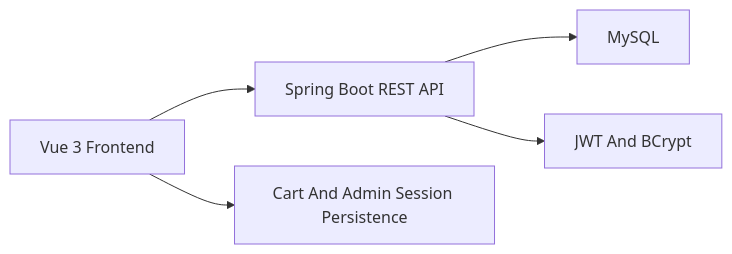
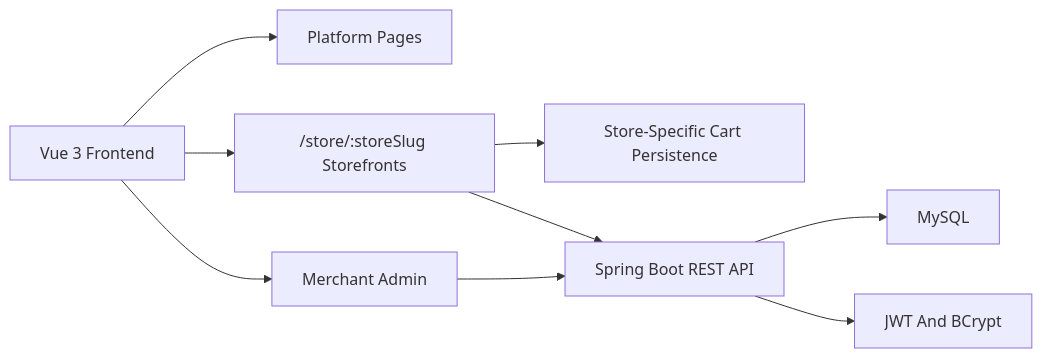
The first of 2 diagrams in docs/ARCHITECTURE.md (hannnnnnnny/novacart-ecommerce), drawn with Mermaid before and after one commit. The commit also changed other lines of this file and 5 other files, not shown here.

Commit message:
docs: document multi-merchant platform direction

````diff
--- a/docs/ARCHITECTURE.md
+++ b/docs/ARCHITECTURE.md
@@ -7,7 +7,11 @@
 ```mermaid
 flowchart LR
-  Browser["Vue 3 Frontend"] --> Api["Spring Boot REST API"]
+  Browser["Vue 3 Frontend"] --> Platform["Platform Pages"]
+  Browser --> GeneratedStores["/store/:storeSlug Storefronts"]
+  Browser --> Admin["Merchant Admin"]
+  GeneratedStores --> BrowserPersistence["Store-Specific Cart Persistence"]
+  Admin --> Api["Spring Boot REST API"]
+  GeneratedStores --> Api
   Api --> Database["MySQL"]
   Api --> Security["JWT And BCrypt"]
-  Browser --> BrowserPersistence["Cart And Admin Session Persistence"]
 ```
````
